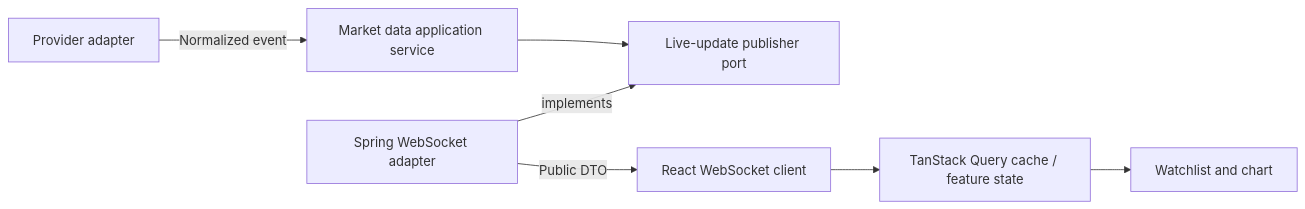
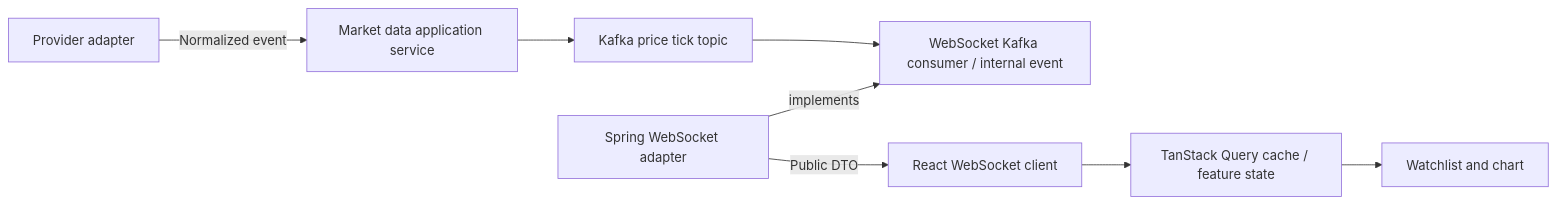
The fifth of 6 diagrams in docs/architecture.md (Atheesan/fx-trading), drawn with Mermaid before and after one commit. The commit also changed other lines of this file and 22 other files, not shown here.

Commit message:
[Atheesan][FX][Add Kafka for price update streaming]

````diff
--- a/docs/architecture.md
+++ b/docs/architecture.md
@@ -240,17 +241,19 @@
 ```mermaid
 flowchart LR
     Provider[Provider adapter]
     Application[Market data application service]
-    Publisher[Live-update publisher port]
+    Kafka[Kafka price tick topic]
+    Publisher[WebSocket Kafka consumer / internal event]
     WebSocket[Spring WebSocket adapter]
     Client[React WebSocket client]
     QueryCache[TanStack Query cache / feature state]
     View[Watchlist and chart]
 
     Provider -->|Normalized event| Application
-    Application --> Publisher
+    Application --> Kafka
+    Kafka --> Publisher
     WebSocket -->|implements| Publisher
     WebSocket -->|Public DTO| Client
     Client --> QueryCache
     QueryCache --> View
 ```
````
